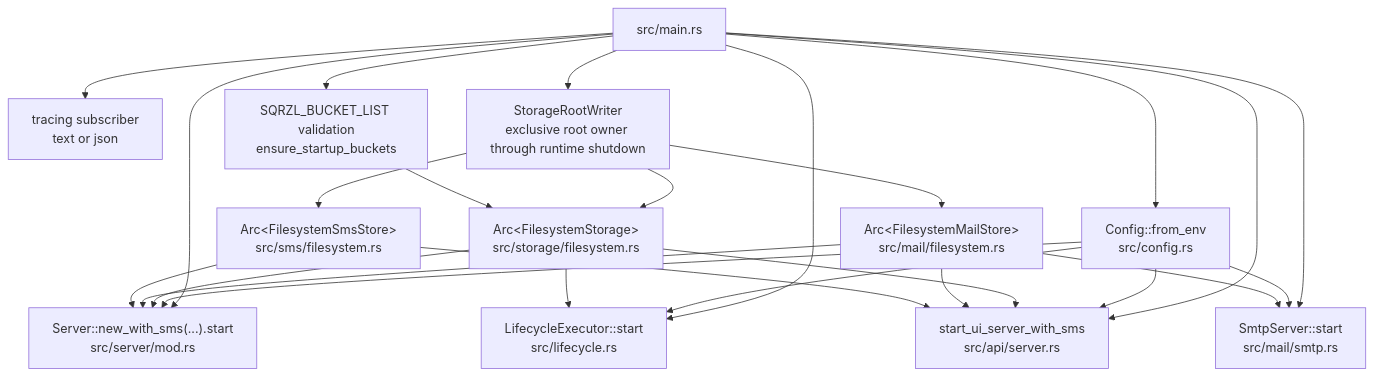
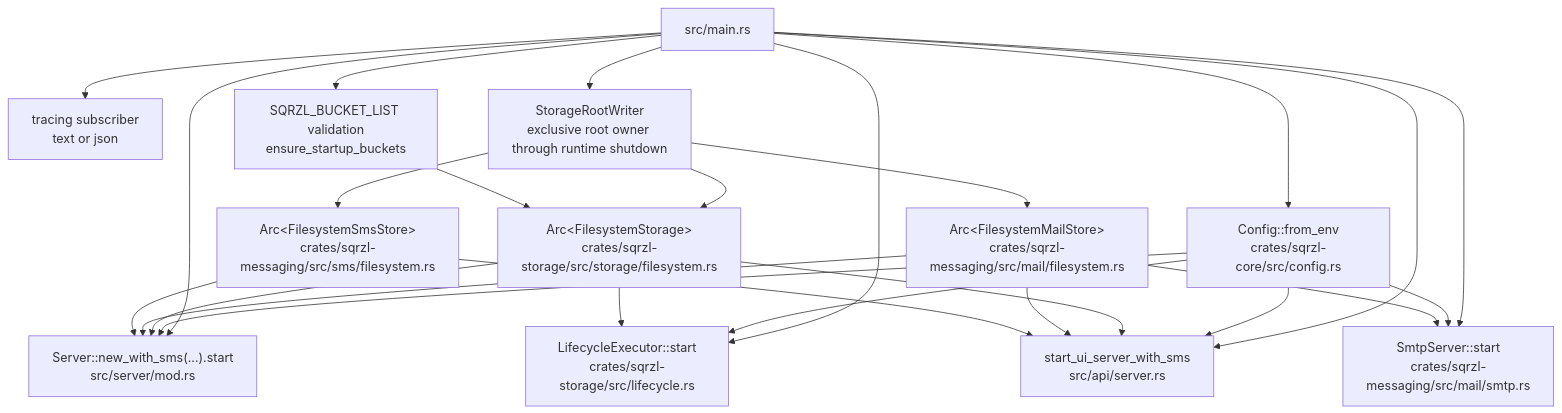
Before and after one commit to sqrzl/sqrzl-emulator: the second of 11 diagrams in docs/architecture.md, drawn with Mermaid. The commit also changed other lines of this file and 165 other files, not shown here.

````diff
--- a/docs/architecture.md
+++ b/docs/architecture.md
@@ -65,41 +94,41 @@
 ```mermaid
 flowchart TB
     Main["src/main.rs"]
-    Config["Config::from_env<br/>src/config.rs"]
+    Config["Config::from_env<br/>crates/sqrzl-core/src/config.rs"]
     Logging["tracing subscriber<br/>text or json"]
     RootWriter["StorageRootWriter<br/>exclusive root owner through runtime shutdown"]
     StartupBuckets["SQRZL_BUCKET_LIST validation<br/>ensure_startup_buckets"]
-    Storage["Arc&lt;FilesystemStorage&gt;<br/>src/storage/filesystem.rs"]
-    Mail["Arc&lt;FilesystemMailStore&gt;<br/>src/mail/filesystem.rs"]
-    Sms["Arc&lt;FilesystemSmsStore&gt;<br/>src/sms/filesystem.rs"]
-    Lifecycle["LifecycleExecutor::start<br/>src/lifecycle.rs"]
+    Storage["Arc&lt;FilesystemStorage&gt;<br/>crates/sqrzl-storage/src/storage/filesystem.rs"]
+    Mail["Arc&lt;FilesystemMailStore&gt;<br/>crates/sqrzl-messaging/src/mail/filesystem.rs"]
+    Sms["Arc&lt;FilesystemSmsStore&gt;<br/>crates/sqrzl-messaging/src/sms/filesystem.rs"]
+    Lifecycle["LifecycleExecutor::start<br/>crates/sqrzl-storage/src/lifecycle.rs"]
     ProviderServer["Server::new_with_sms(...).start<br/>src/server/mod.rs"]
     UiServer["start_ui_server_with_sms<br/>src/api/server.rs"]
-    SmtpServer["SmtpServer::start<br/>src/mail/smtp.rs"]
+    SmtpServer["SmtpServer::start<br/>crates/sqrzl-messaging/src/mail/smtp.rs"]
 
     Main --> Config
     Main --> Logging
     Main --> RootWriter
     RootWriter --> Storage
     RootWriter --> Mail
     RootWriter --> Sms
     Main --> StartupBuckets
     StartupBuckets --> Storage
     Main --> Lifecycle
     Main --> ProviderServer
     Main --> UiServer
     Main --> SmtpServer
 
     Config --> ProviderServer
     Config --> UiServer
     Config --> Lifecycle
     Config --> SmtpServer
     Storage --> ProviderServer
     Storage --> UiServer
     Storage --> Lifecycle
     Mail --> ProviderServer
     Mail --> UiServer
     Mail --> SmtpServer
     Sms --> ProviderServer
     Sms --> UiServer
 ```
````
